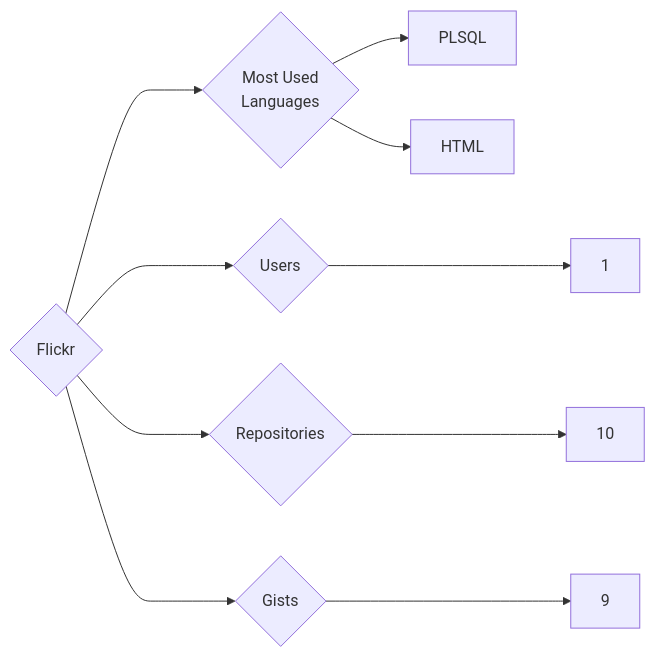
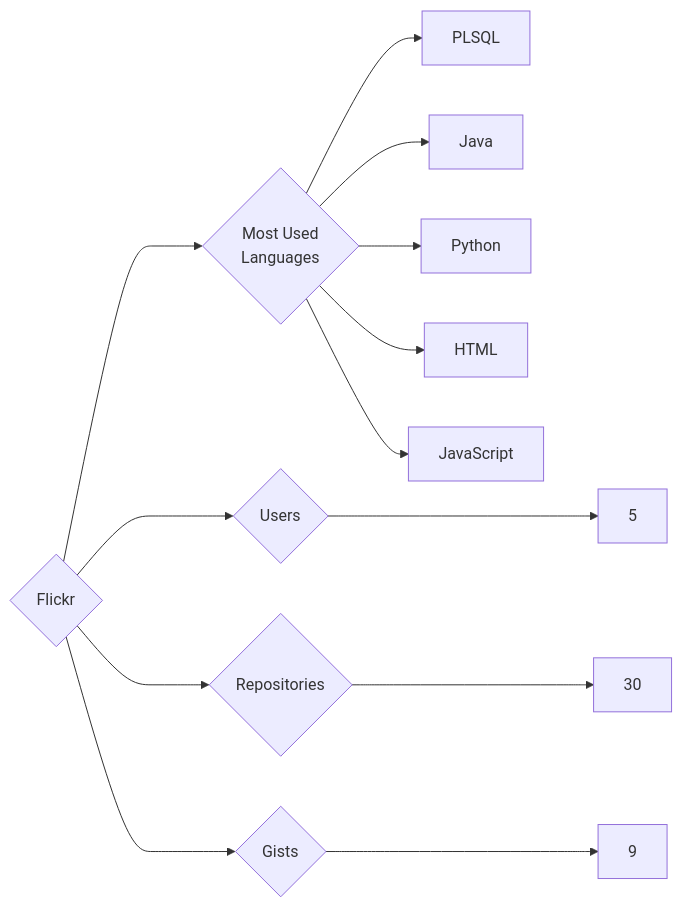
One commit to trickest/insiders changed the diagram in targets/Flickr/README.md. Above: the diagram before and after it, drawn with Mermaid. The commit also changed 859 other files, not shown here.

````diff
--- a/targets/Flickr/README.md
+++ b/targets/Flickr/README.md
@@ -3,10 +3,13 @@
 ```mermaid
 graph LR
 COMPANY_NAME{Flickr}
-COMPANY_NAME ---> U{Users} ---> UN[1]
-COMPANY_NAME ---> R{Repositories} ---> RN[10]
+COMPANY_NAME ---> U{Users} ---> UN[5]
+COMPANY_NAME ---> R{Repositories} ---> RN[30]
 COMPANY_NAME ---> G{Gists} ---> GN[9]
 COMPANY_NAME ---> ML{Most Used<br>Languages}
 ML --> PLSQL[PLSQL]
+ML --> Java[Java]
+ML --> Python[Python]
 ML --> HTML[HTML]
+ML --> JavaScript[JavaScript]
 ```
````
